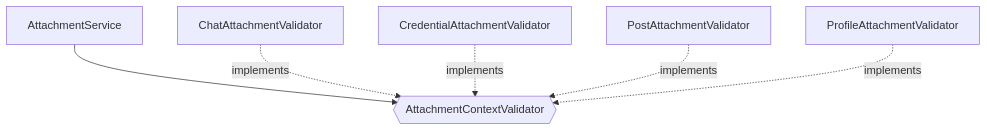
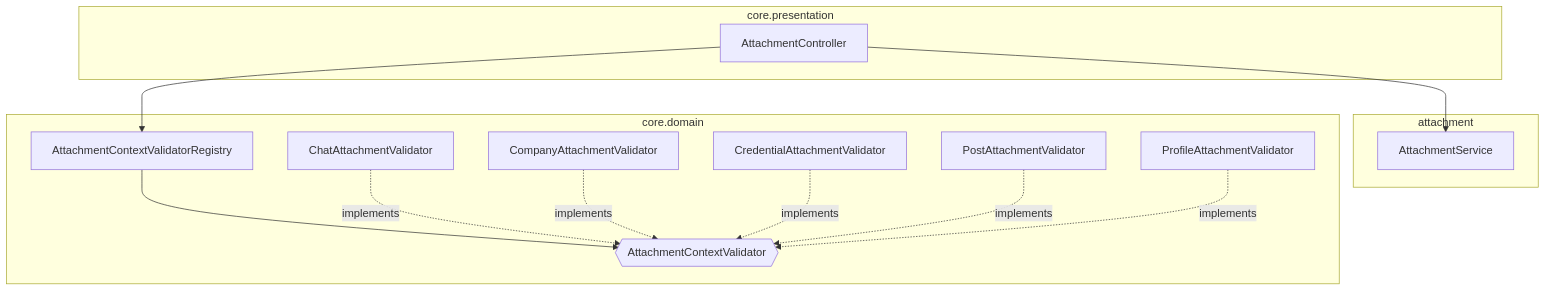
One commit to mortonCareer/bconnect changed the first of 2 diagrams in apps/api/docs/attachment-architecture.md. Above: the diagram before and after it, drawn with Mermaid. The commit also changed other lines of this file and 1 other file, not shown here.

Commit message:
docs(api): attachment 모듈 분리 및 첨부 패턴 반영

````diff
--- a/apps/api/docs/attachment-architecture.md
+++ b/apps/api/docs/attachment-architecture.md
@@ -38,8 +36,26 @@
 ```mermaid
 graph TD
-    Service[AttachmentService] --> V{{AttachmentContextValidator}}
-    ChatV[ChatAttachmentValidator] -.implements.-> V
-    CredV[CredentialAttachmentValidator] -.implements.-> V
-    PostV[PostAttachmentValidator] -.implements.-> V
-    ProfV[ProfileAttachmentValidator] -.implements.-> V
+    subgraph core.presentation
+        Ctrl[AttachmentController]
+    end
+    subgraph attachment
+        Service[AttachmentService]
+    end
+    subgraph core.domain
+        ChatV[ChatAttachmentValidator]
+        CompV[CompanyAttachmentValidator]
+        CredV[CredentialAttachmentValidator]
+        PostV[PostAttachmentValidator]
+        ProfV[ProfileAttachmentValidator]
+        Reg[AttachmentContextValidatorRegistry]
+        V{{AttachmentContextValidator}}
+    end
+    Ctrl --> Reg
+    Ctrl --> Service
+    Reg --> V
+    ChatV -.implements.-> V
+    CompV -.implements.-> V
+    CredV -.implements.-> V
+    PostV -.implements.-> V
+    ProfV -.implements.-> V
 ```
````
